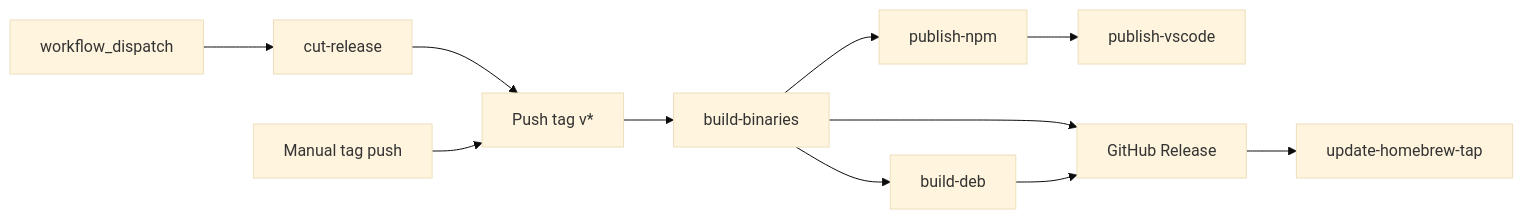
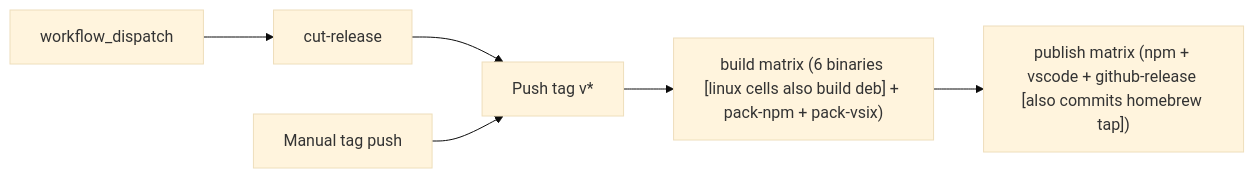
The diagram in specs/releasing.md (lolay/nowline), drawn with Mermaid (base theme) before and after one commit. The commit also changed other lines of this file and 6 other files, not shown here.

````diff
--- a/specs/releasing.md
+++ b/specs/releasing.md
@@ -74,13 +74,8 @@
 ```mermaid
 flowchart LR
     dispatch[workflow_dispatch] --> cut[cut-release]
     cut --> tagpush[Push tag v*]
     direct[Manual tag push] --> tagpush
-    tagpush --> binaries[build-binaries]
-    binaries --> deb[build-deb]
-    binaries --> npm[publish-npm]
-    npm --> vscode[publish-vscode]
-    binaries --> release[GitHub Release]
-    deb --> release
-    release --> tap[update-homebrew-tap]
+    tagpush --> build["build matrix (6 binaries [linux cells also build deb] + pack-npm + pack-vsix)"]
+    build --> publish["publish matrix (npm + vscode + github-release [also commits homebrew tap])"]
 ```
````
